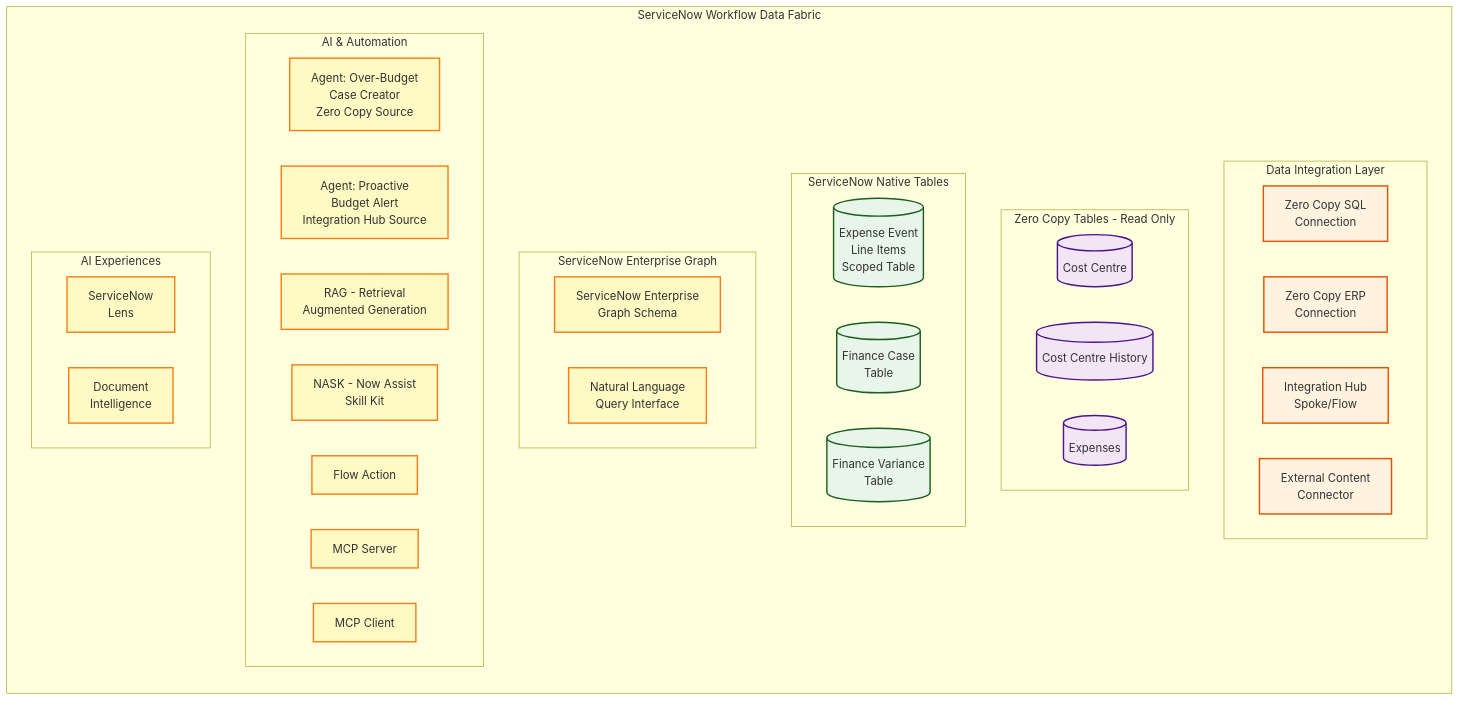
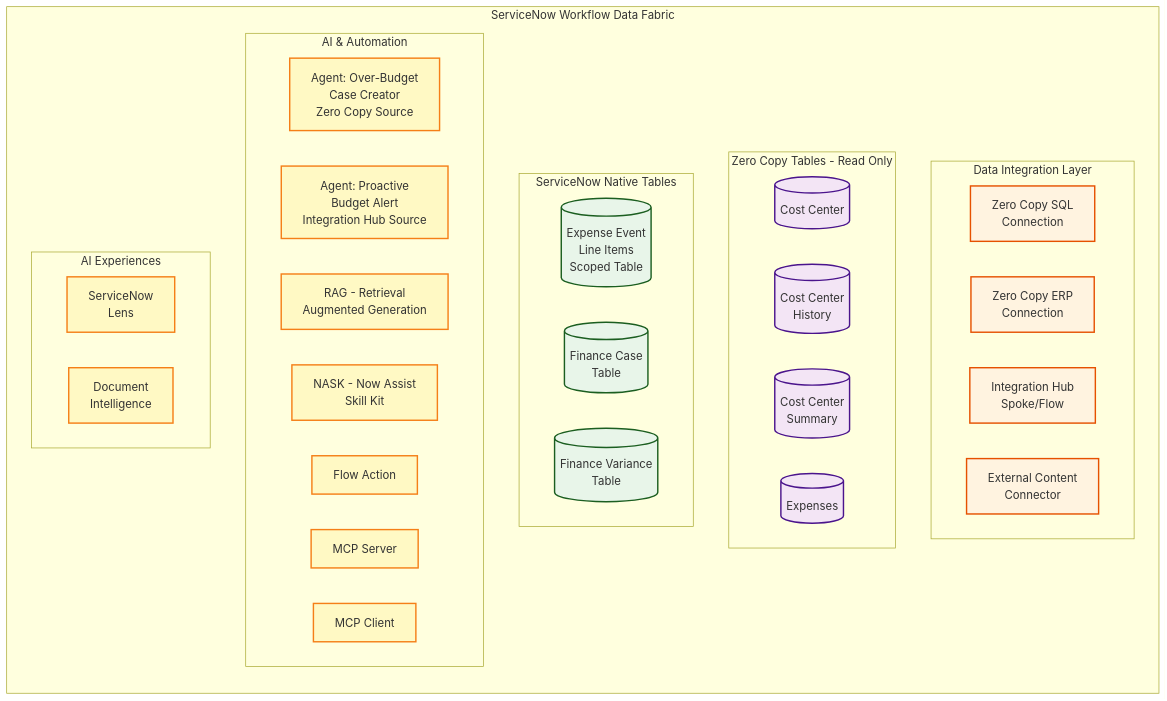
The third of 4 diagrams in 0_WDF_Diagrams.md (leojacinto/WorkflowDataFabric-TypeA), drawn with Mermaid before and after one commit. The commit also changed other lines of this file, not shown here.

````diff
--- a/0_WDF_Diagrams.md
+++ b/0_WDF_Diagrams.md
@@ -74,58 +74,55 @@
 ```mermaid
 graph LR
     subgraph "ServiceNow Workflow Data Fabric"
         subgraph "Data Integration Layer"
             ZeroCopySQL[Zero Copy SQL<br/>Connection]
             ZeroCopyERP[Zero Copy ERP<br/>Connection]
             IntHub[Integration Hub<br/>Spoke/Flow]
             ExtContent[External Content<br/>Connector]
         end
 
         subgraph "Zero Copy Tables - Read Only"
-            ZCCC[(Cost Centre)]
-            ZCCH[(Cost Centre History)]
+            ZCCC[(Cost Center)]
+            ZCCH[(Cost Center</br>History)]
+            ZCCS[(Cost Center</br>Summary)]
             ZCExp[(Expenses)]
         end
 
         subgraph "ServiceNow Native Tables"
             ExpenseTable[(Expense Event<br/>Line Items<br/>Scoped Table)]
             FinCase[(Finance Case<br/>Table)]
             FinVar[(Finance Variance<br/>Table)]
         end
 
-        subgraph "ServiceNow Enterprise Graph"
-            GGraph[ServiceNow Enterprise<br/>Graph Schema]
-            NLQuery[Natural Language<br/>Query Interface]
-        end
 
         subgraph "AI & Automation"
             Agent1[Agent: Over-Budget<br/>Case Creator<br/>Zero Copy Source]
             Agent2[Agent: Proactive<br/>Budget Alert<br/>Integration Hub Source]
             RAG[RAG - Retrieval<br/>Augmented Generation]
             NASK[NASK - Now Assist<br/>Skill Kit]
             FlowAction[Flow Action]
             MCP[MCP Server]
             MCPC[MCP Client]
         end
 
         subgraph "AI Experiences"
             Lens["ServiceNow</br>Lens"]
             DocIntel["Document</br>Intelligence"]
         end
     end
 
     %% Styling
     classDef external fill:#e1f5ff,stroke:#01579b,stroke-width:2px
     classDef integration fill:#fff3e0,stroke:#e65100,stroke-width:2px
     classDef zeroCopy fill:#f3e5f5,stroke:#4a148c,stroke-width:2px
     classDef native fill:#e8f5e9,stroke:#1b5e20,stroke-width:2px
     classDef ai fill:#fff9c4,stroke:#f57f17,stroke-width:2px
     classDef user fill:#e3f2fd,stroke:#1565c0,stroke-width:3px
 
     class ERP,ExpenseAPI,SharePoint,CDW external
     class ZeroCopySQL,ZeroCopyERP,IntHub,ExtContent integration
-    class ZCCC,ZCCH,ZCExp zeroCopy
+    class ZCCC,ZCCH,ZCCS,ZCExp zeroCopy
     class ExpenseTable,FinCase,FinVar native
     class Agent1,Agent2,RAG,NASK,FlowAction,MCP,MCPC,GGraph,NLQuery,Lens,DocIntel ai
     class Employee,EC,ControlTower,ClaudeDesktop user
 ```
````
